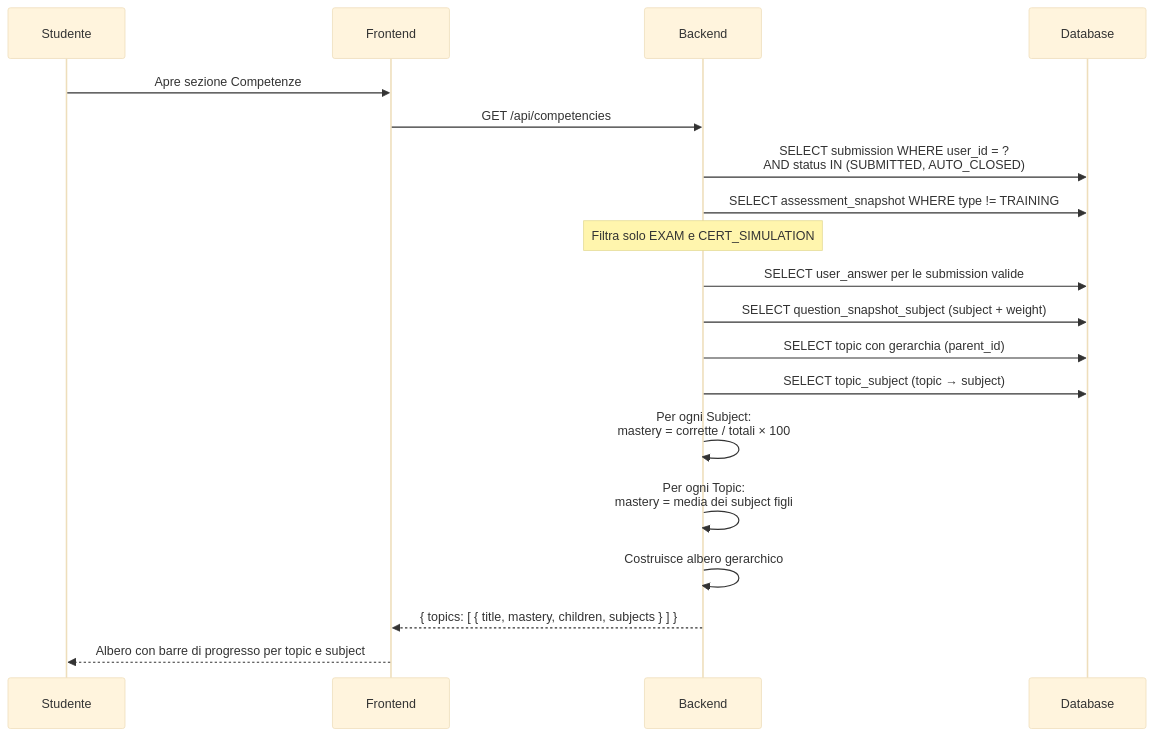
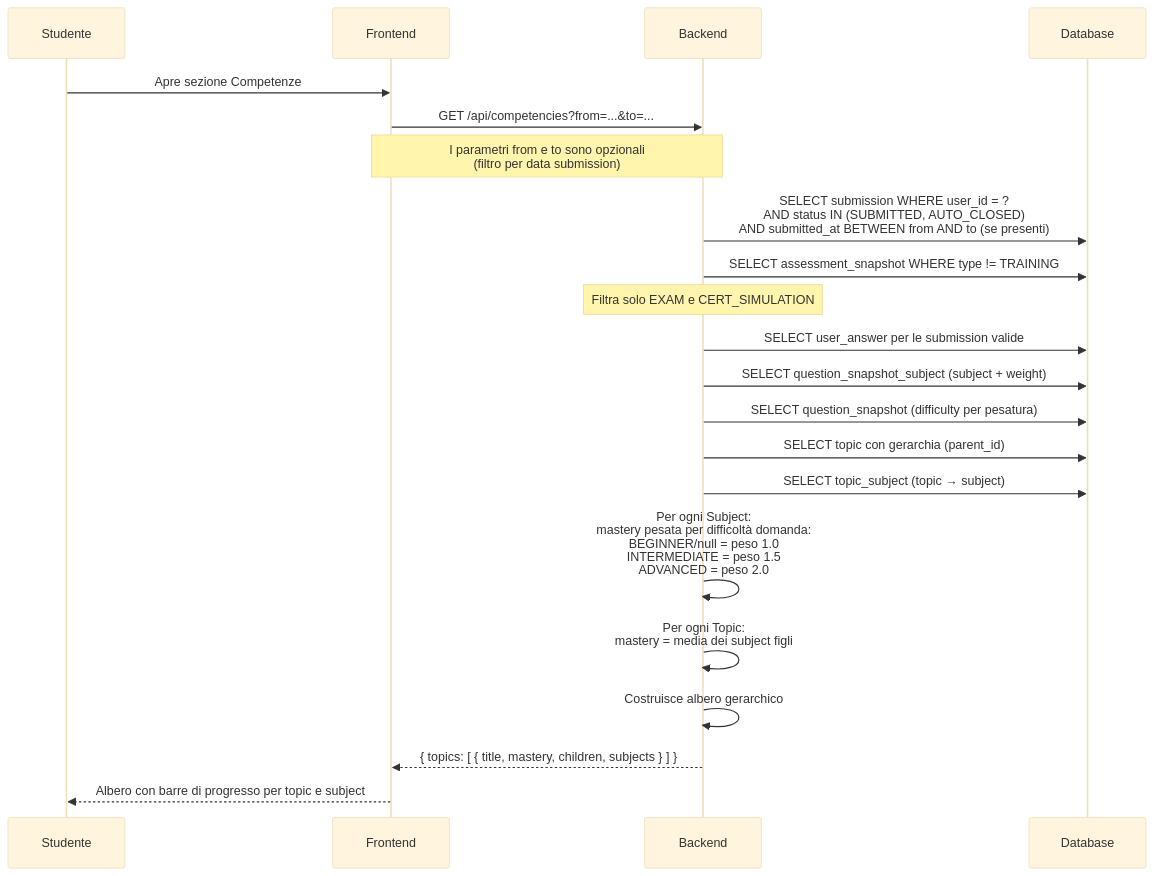
Before and after one commit to testero-app/testero-docs: the eighth of 8 diagrams in docs/funzionalita.md, drawn with Mermaid (base theme). The commit also changed other lines of this file and 2 other files, not shown here.

Commit message:
docs: remove EXPERT difficulty, add weighted mastery + date filter
- Remove EXPERT from all difficulty mentions (3 levels only)
- Add difficulty to Question Snapshot table
- Update competency sequence diagram with weighting and date filter
- Document mastery formula and optional from/to params

````diff
--- a/docs/funzionalita.md
+++ b/docs/funzionalita.md
@@ -325,25 +325,27 @@
 ```mermaid
 sequenceDiagram
     participant S as Studente
     participant FE as Frontend
     participant BE as Backend
     participant DB as Database
 
     S->>FE: Apre sezione Competenze
-    FE->>BE: GET /api/competencies
-    BE->>DB: SELECT submission WHERE user_id = ?<br/>AND status IN (SUBMITTED, AUTO_CLOSED)
+    FE->>BE: GET /api/competencies?from=...&to=...
+    Note over FE,BE: I parametri from e to sono opzionali<br/>(filtro per data submission)
+    BE->>DB: SELECT submission WHERE user_id = ?<br/>AND status IN (SUBMITTED, AUTO_CLOSED)<br/>AND submitted_at BETWEEN from AND to (se presenti)
     BE->>DB: SELECT assessment_snapshot WHERE type != TRAINING
     Note over BE: Filtra solo EXAM e CERT_SIMULATION
 
     BE->>DB: SELECT user_answer per le submission valide
     BE->>DB: SELECT question_snapshot_subject (subject + weight)
+    BE->>DB: SELECT question_snapshot (difficulty per pesatura)
     BE->>DB: SELECT topic con gerarchia (parent_id)
     BE->>DB: SELECT topic_subject (topic → subject)
 
-    BE->>BE: Per ogni Subject:<br/>mastery = corrette / totali × 100
+    BE->>BE: Per ogni Subject:<br/>mastery pesata per difficoltà domanda:<br/>BEGINNER/null = peso 1.0<br/>INTERMEDIATE = peso 1.5<br/>ADVANCED = peso 2.0
     BE->>BE: Per ogni Topic:<br/>mastery = media dei subject figli
     BE->>BE: Costruisce albero gerarchico
 
     BE-->>FE: { topics: [ { title, mastery, children, subjects } ] }
     FE-->>S: Albero con barre di progresso per topic e subject
 ```
````
